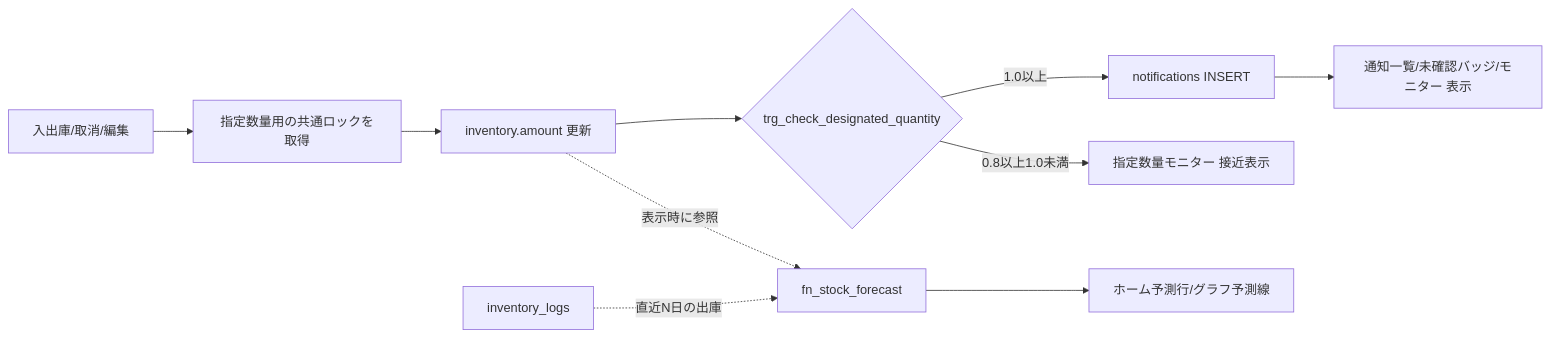
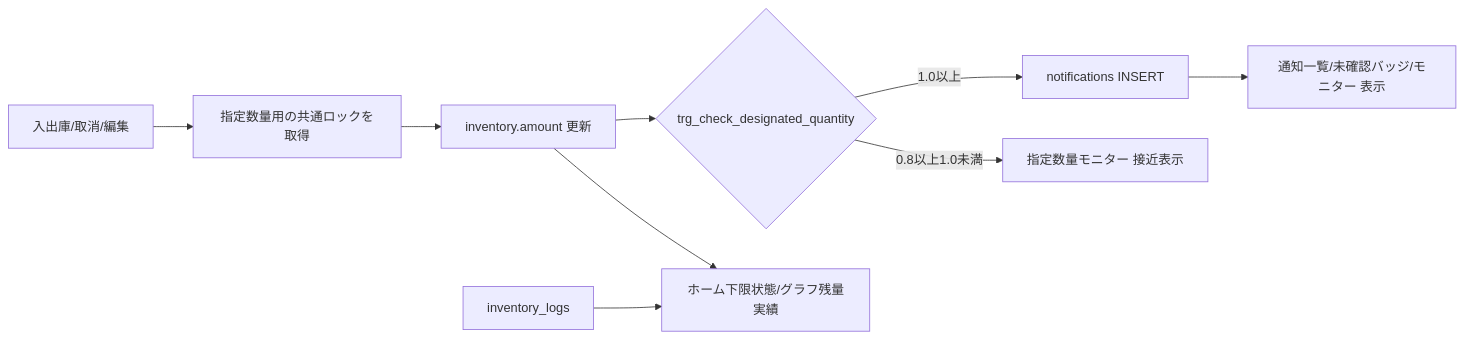
The diagram in docs/DXコア機能_データ設計.md (HibikiSato-lang/chemstock), drawn with Mermaid before and after one commit. The commit also changed other lines of this file and 34 other files, not shown here.

````diff
--- a/docs/DXコア機能_データ設計.md
+++ b/docs/DXコア機能_データ設計.md
@@ -326,12 +330,11 @@
 ```mermaid
 flowchart LR
   A[入出庫/取消/編集] --> L[指定数量用の共通ロックを取得]
   L --> B[inventory.amount 更新]
   B --> C{trg_check_designated_quantity}
   C -->|1.0以上| D[notifications INSERT]
   C -->|0.8以上1.0未満| W[指定数量モニター 接近表示]
   D --> N[通知一覧/未確認バッジ/モニター 表示]
-  B -.表示時に参照.-> H[fn_stock_forecast]
-  I[inventory_logs] -.直近N日の出庫.-> H
-  H --> J[ホーム予測行/グラフ予測線]
+  B --> R[ホーム下限状態/グラフ残量実績]
+  I[inventory_logs] --> R
 ```
````
